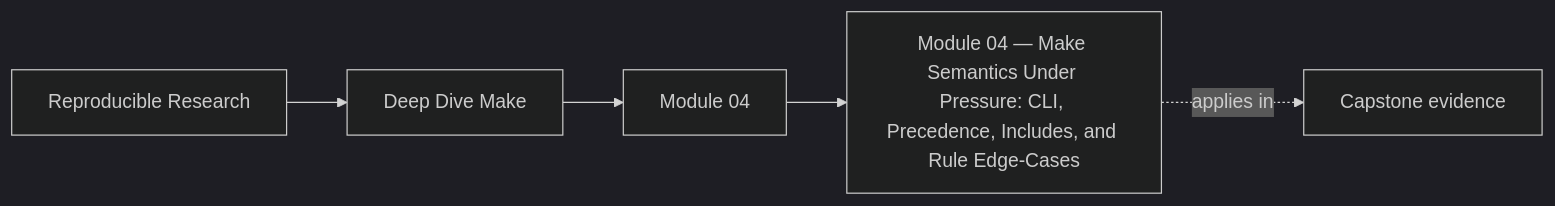
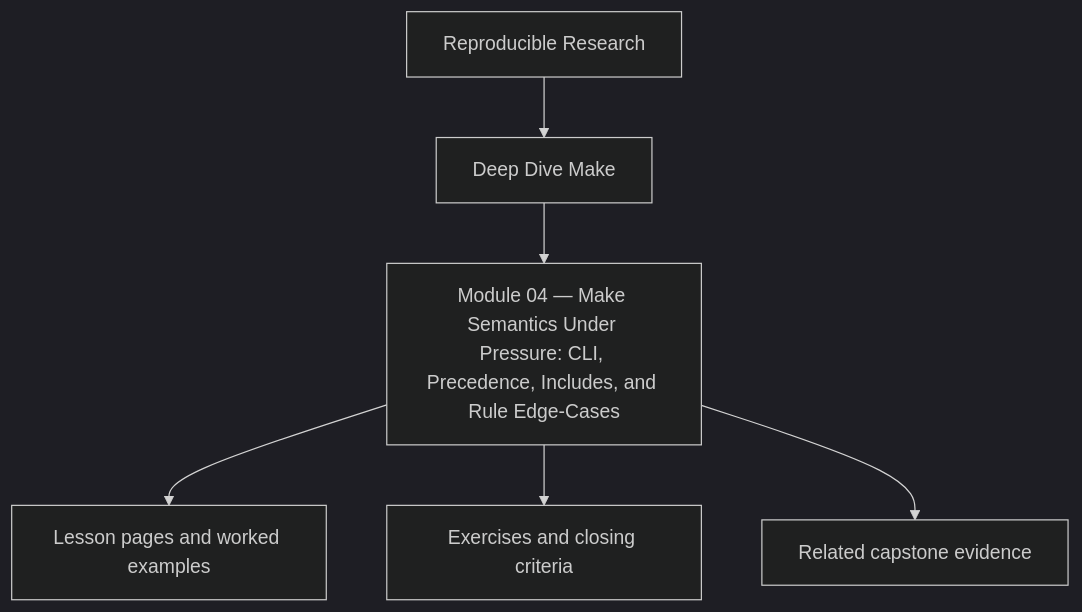
Before and after one commit to bijux/bijux-masterclass: the first of 2 diagrams in programs/reproducible-research/deep-dive-make/course-book/module-04-cli-precedence-includes-and-rule-edge-cases/index.md, drawn with Mermaid (dark theme). The commit also changed other lines of this file and 10 other files, not shown here.

Commit message:
docs(deep-dive-make): reposition module overview diagrams

````diff
--- a/programs/reproducible-research/deep-dive-make/course-book/module-04-cli-precedence-includes-and-rule-edge-cases/index.md
+++ b/programs/reproducible-research/deep-dive-make/course-book/module-04-cli-precedence-includes-and-rule-edge-cases/index.md
@@ -8,11 +8,8 @@
 ```mermaid
-graph LR
-  family["Reproducible Research"]
-  program["Deep Dive Make"]
-  section["Module 04"]
-  page["Module 04 — Make Semantics Under Pressure: CLI, Precedence, Includes, and Rule Edge-Cases"]
-  capstone["Capstone evidence"]
-
-  family --> program --> section --> page
-  page -.applies in.-> capstone
+flowchart TD
+  family["Reproducible Research"] --> program["Deep Dive Make"]
+  program --> module["Module 04 — Make Semantics Under Pressure: CLI, Precedence, Includes, and Rule Edge-Cases"]
+  module --> lessons["Lesson pages and worked examples"]
+  module --> checkpoints["Exercises and closing criteria"]
+  module --> capstone["Related capstone evidence"]
 ```
````
